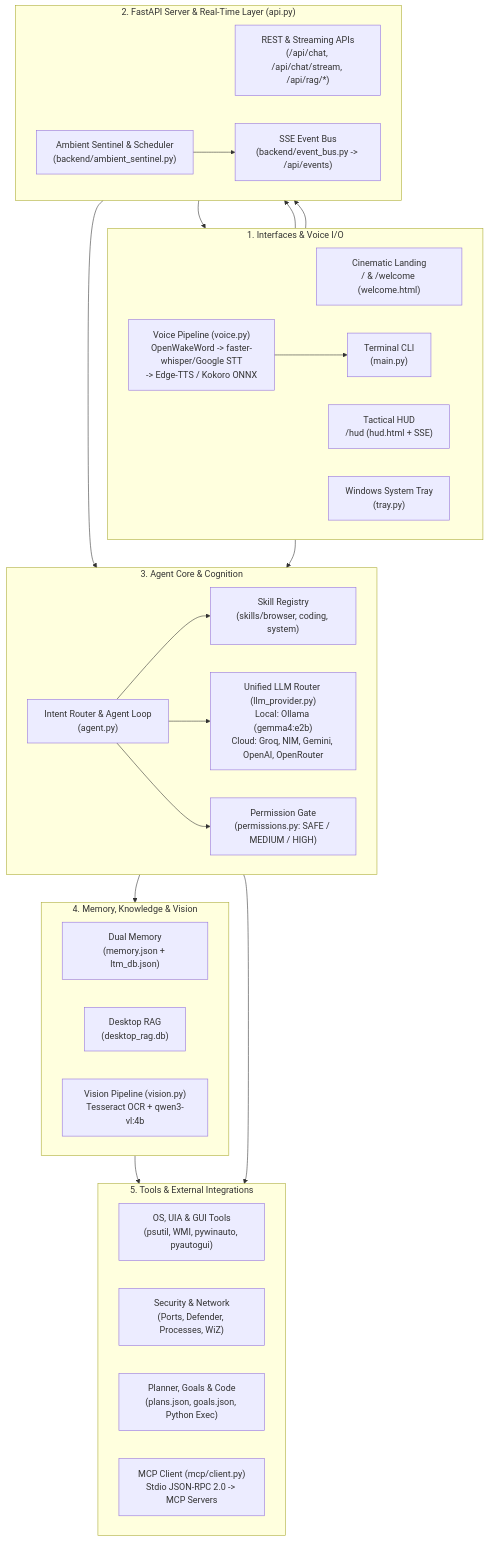
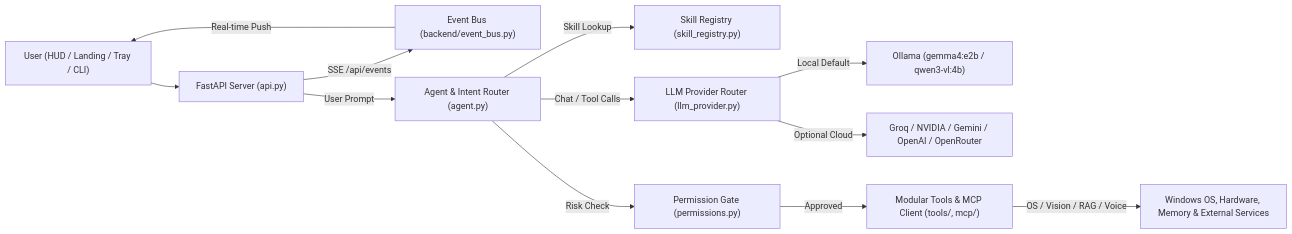
The diagram in README.md (ADITYAKUMARSINGH16/AURA-AI_ASSISTANT), drawn with Mermaid before and after one commit. The commit also changed other lines of this file and 1 other file, not shown here.

Commit message:
docs: update README features and add system architecture diagram

````diff
--- a/README.md
+++ b/README.md
@@ -47,57 +52,14 @@
 ```mermaid
-flowchart TB
-    subgraph Clients["1. Interfaces & Voice I/O"]
-        direction LR
-        Landing["Cinematic Landing\n/ & /welcome (welcome.html)"]
-        HUD["Tactical HUD\n/hud (hud.html + SSE)"]
-        Tray["Windows System Tray\n(tray.py)"]
-        CLI["Terminal CLI\n(main.py)"]
-        Voice["Voice Pipeline (voice.py)\nOpenWakeWord -> faster-whisper/Google STT\n-> Edge-TTS / Kokoro ONNX"]
-    end
-
-    subgraph Server["2. FastAPI Server & Real-Time Layer (api.py)"]
-        direction LR
-        REST["REST & Streaming APIs\n(/api/chat, /api/chat/stream, /api/rag/*)"]
-        SSE["SSE Event Bus\n(backend/event_bus.py -> /api/events)"]
-        Sentinel["Ambient Sentinel & Scheduler\n(backend/ambient_sentinel.py)"]
-    end
-
-    subgraph Core["3. Agent Core & Cognition"]
-        direction LR
-        Router["Intent Router & Agent Loop\n(agent.py)"]
-        Skills["Skill Registry\n(skills/browser, coding, system)"]
-        Perms["Permission Gate\n(permissions.py: SAFE / MEDIUM / HIGH)"]
-        LLM["Unified LLM Router (llm_provider.py)\nLocal: Ollama (gemma4:e2b)\nCloud: Groq, NIM, Gemini, OpenAI, OpenRouter"]
-    end
-
-    subgraph MemoryVision["4. Memory, Knowledge & Vision"]
-        direction LR
-        Mem["Dual Memory\n(memory.json + ltm_db.json)"]
-        RAG["Desktop RAG\n(desktop_rag.db)"]
-        Vis["Vision Pipeline (vision.py)\nTesseract OCR + qwen3-vl:4b"]
-    end
-
-    subgraph Execution["5. Tools & External Integrations"]
-        direction LR
-        SysTools["OS, UIA & GUI Tools\n(psutil, WMI, pywinauto, pyautogui)"]
-        SecTools["Security & Network\n(Ports, Defender, Processes, WiZ)"]
-        PlanTools["Planner, Goals & Code\n(plans.json, goals.json, Python Exec)"]
-        MCP["MCP Client (mcp/client.py)\nStdio JSON-RPC 2.0 -> MCP Servers"]
-    end
-
-    Clients --> REST
-    SSE --> HUD
-    Sentinel --> SSE
-    REST --> Router
-    Voice --> REST
-    Voice --> CLI
-    CLI --> Router
-
-    Router --> Skills
-    Router --> LLM
-    Router --> Perms
-    Router --> MemoryVision
-
-    Perms --> Execution
-    Vis --> SysTools
+flowchart LR
+    U["User (HUD / Landing / Tray / CLI)"] --> API["FastAPI Server (api.py)"]
+    API -->|"SSE /api/events"| BUS["Event Bus (backend/event_bus.py)"]
+    BUS -->|"Real-time Push"| U
+    API -->|"User Prompt"| AGENT["Agent & Intent Router (agent.py)"]
+    AGENT -->|"Skill Lookup"| SKILLS["Skill Registry (skill_registry.py)"]
+    AGENT -->|"Chat / Tool Calls"| LLM["LLM Provider Router (llm_provider.py)"]
+    LLM -->|"Local Default"| OLLAMA["Ollama (gemma4:e2b / qwen3-vl:4b)"]
+    LLM -->|"Optional Cloud"| CLOUD["Groq / NVIDIA / Gemini / OpenAI / OpenRouter"]
+    AGENT -->|"Risk Check"| PERM["Permission Gate (permissions.py)"]
+    PERM -->|"Approved"| TOOLS["Modular Tools & MCP Client (tools/, mcp/)"]
+    TOOLS -->|"OS / Vision / RAG / Voice"| SYS["Windows OS, Hardware, Memory & External Services"]
 ```
````
